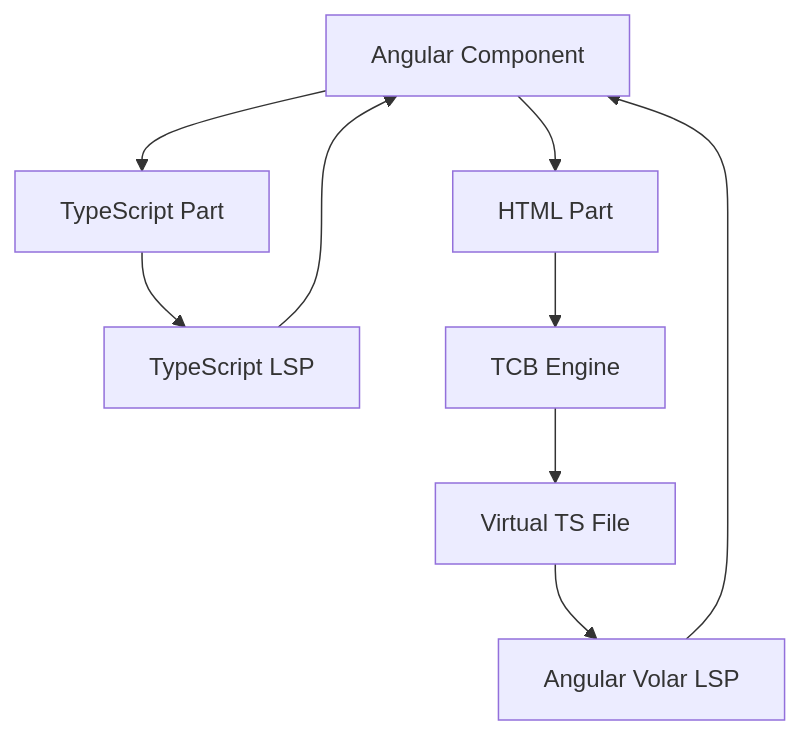
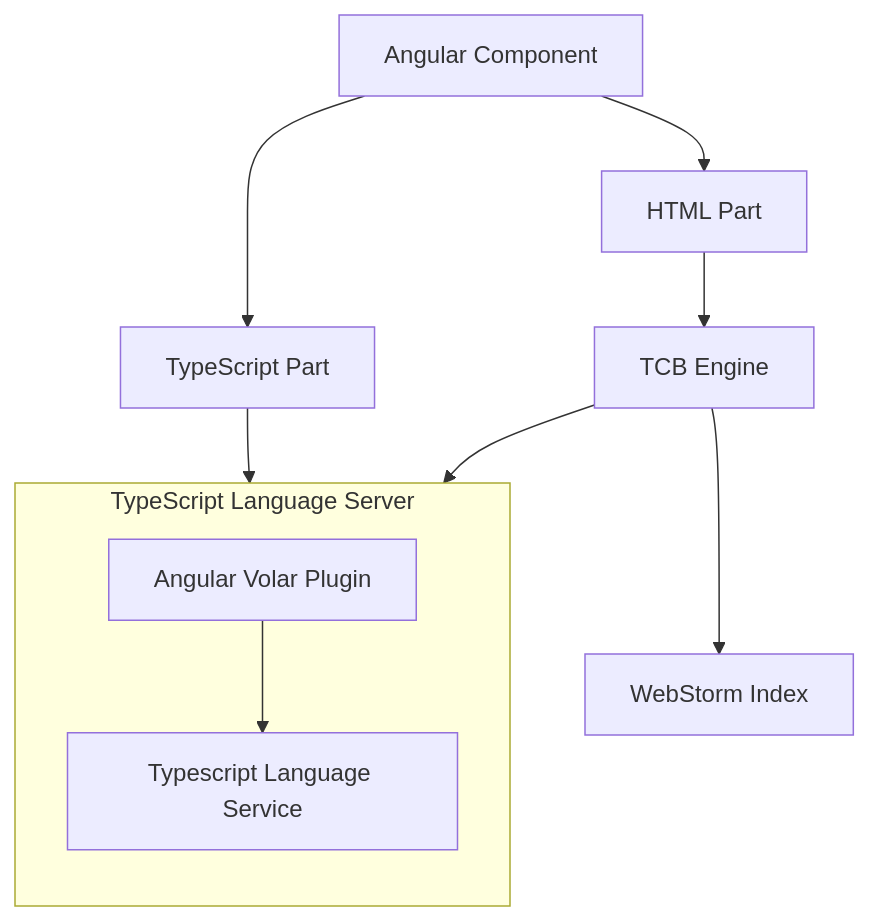
One commit to niklas-wortmann/angular-lsp-slides changed the seventh of 7 diagrams in slides.md. Above: the diagram before and after it, drawn with Mermaid.

Commit message:
finalize slides

````diff
--- a/slides.md
+++ b/slides.md
@@ -503,11 +503,13 @@
-```mermaid{scale:1.3}
+```mermaid{scale:1}
 graph TB
 A[Angular Component] --> B[TypeScript Part]
-B --> G[TypeScript LSP]
-G --> A
+B --> I[Typescript Language Service]
+subgraph N[TypeScript Language Server]
+    direction TB
+    E[Angular Volar Plugin] --> I
+end
 A --> H[HTML Part]
 H --> C[TCB Engine]
-C --> D[Virtual TS File]
-D --> E[Angular Volar LSP]
-E --> A
+C --> E
+C --> X[WebStorm Index]
 ```
````
